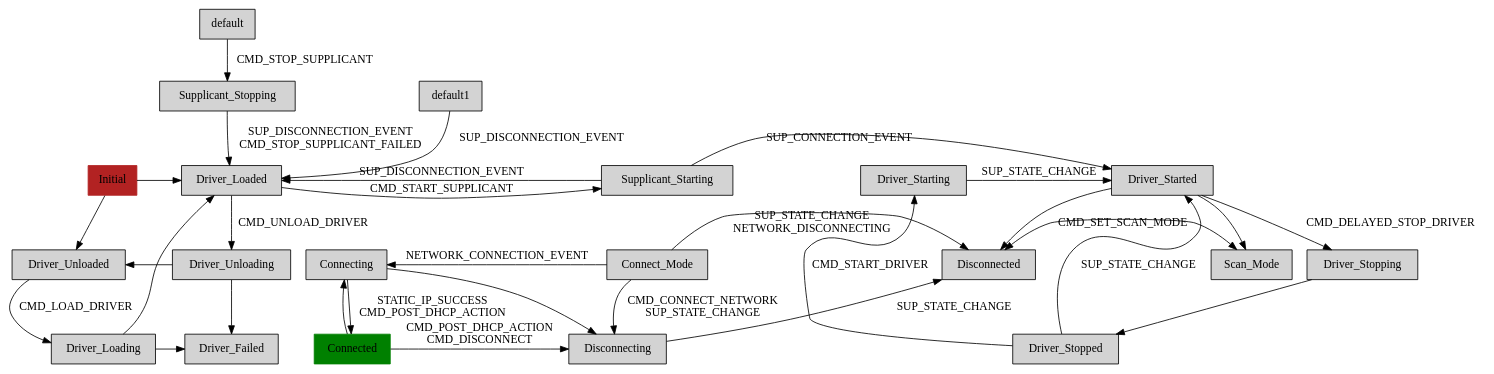
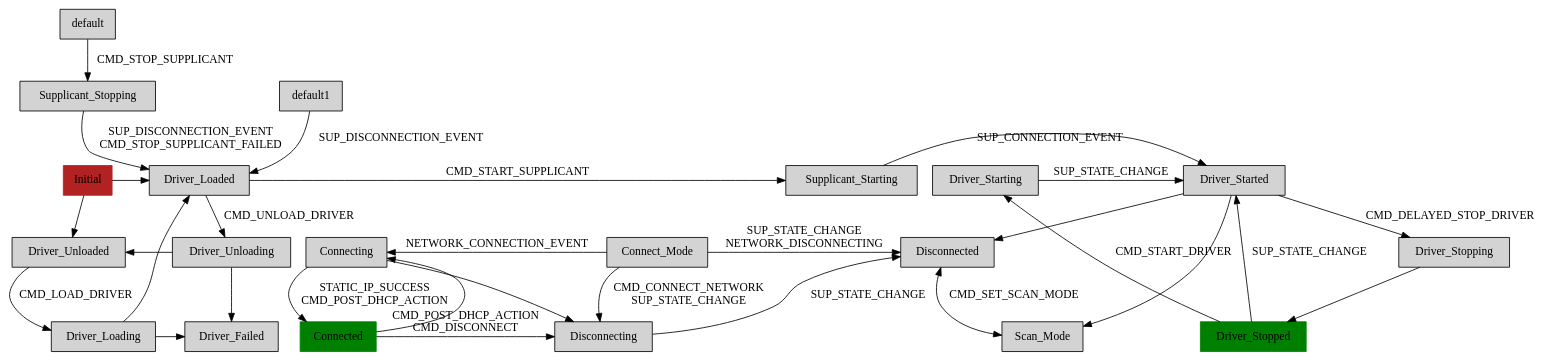
Before and after one commit to cambridgehackers/klaatu-language-gitorious: the diagram in fsm/test.dot, drawn with Graphviz. The commit also changed 1 other file, not shown here.

```diff
--- a/fsm/test.dot
+++ b/fsm/test.dot
@@ -1,42 +1,45 @@
 digraph wifistates {
     node [shape=box style=filled]
-    Initial [ color=firebrick ]; 
-    Connected [ color=green ]; 
 
     { rank=same; Initial Driver_Loaded Supplicant_Starting Driver_Started Driver_Starting }
+    { rank=same; Driver_Unloaded Driver_Unloading }
     { rank=same; Driver_Loading Driver_Failed }
-    { rank=same; Driver_Unloaded Driver_Unloading }
-    { rank=same; Connect_Mode Scan_Mode Connecting Disconnected }
+    { rank=same; Connect_Mode Connecting Disconnected }
     { rank=same; Connected Disconnecting }
+    { rank=same; Driver_Stopped Scan_Mode }
 
     Connect_Mode -> Disconnected [ label="SUP_STATE_CHANGE\nNETWORK_DISCONNECTING" ]
     Connect_Mode -> Disconnecting [ label="CMD_CONNECT_NETWORK\nSUP_STATE_CHANGE" ]
     Connected -> Connecting 
     Connected -> Disconnecting [ label="CMD_POST_DHCP_ACTION\nCMD_DISCONNECT" ]
     Connecting -> Connect_Mode [ dir=back label=NETWORK_CONNECTION_EVENT ]
     Connecting -> Connected [ label="STATIC_IP_SUCCESS\nCMD_POST_DHCP_ACTION" ]
     Connecting -> Disconnecting
     Disconnected -> Scan_Mode [ dir=both label=CMD_SET_SCAN_MODE ]
     Disconnecting -> Disconnected [ label=SUP_STATE_CHANGE ]
     Driver_Failed -> Driver_Unloading [dir=back]
     Driver_Loaded -> Driver_Unloading [ label=CMD_UNLOAD_DRIVER ]
     Driver_Loaded -> Supplicant_Starting [ label=CMD_START_SUPPLICANT ]
     Driver_Loading -> Driver_Failed
     Driver_Loading -> Driver_Loaded
     Driver_Started -> Disconnected
     Driver_Started -> Driver_Stopping [ label=CMD_DELAYED_STOP_DRIVER ]
     Driver_Started -> Scan_Mode 
     Driver_Starting -> Driver_Started [ label=SUP_STATE_CHANGE ]
     Driver_Stopped -> Driver_Started [ label=SUP_STATE_CHANGE ]
     Driver_Stopped -> Driver_Starting [ label=CMD_START_DRIVER ]
     Driver_Stopping -> Driver_Stopped
     Driver_Unloaded -> Driver_Loading [ label=CMD_LOAD_DRIVER ]
     Driver_Unloaded -> Driver_Unloading [dir=back]
     Initial -> Driver_Loaded
     Initial -> Driver_Unloaded
-    Supplicant_Starting -> Driver_Loaded [ label=SUP_DISCONNECTION_EVENT ]
+    //Supplicant_Starting -> Driver_Loaded [ label=SUP_DISCONNECTION_EVENT ]
     Supplicant_Starting -> Driver_Started [ label=SUP_CONNECTION_EVENT ]
     Supplicant_Stopping -> Driver_Loaded [ label="SUP_DISCONNECTION_EVENT\nCMD_STOP_SUPPLICANT_FAILED" ]
     default -> Supplicant_Stopping [ label=CMD_STOP_SUPPLICANT ]
     default1 -> Driver_Loaded [ label=SUP_DISCONNECTION_EVENT ]
+
+    Initial [ color=firebrick ]; 
+    Connected [ color=green ]; 
+    Driver_Stopped [ color=green ]; 
 }
```
